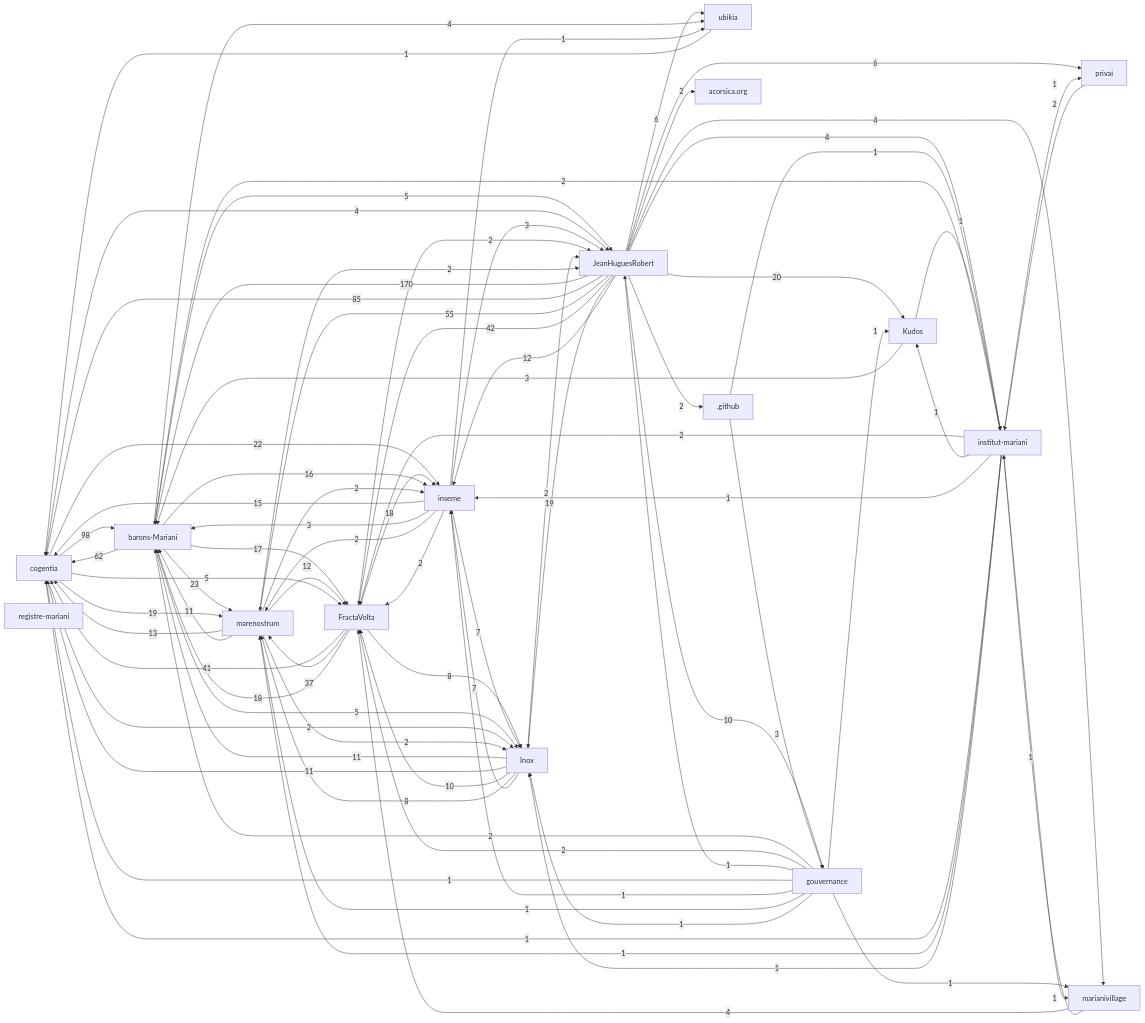
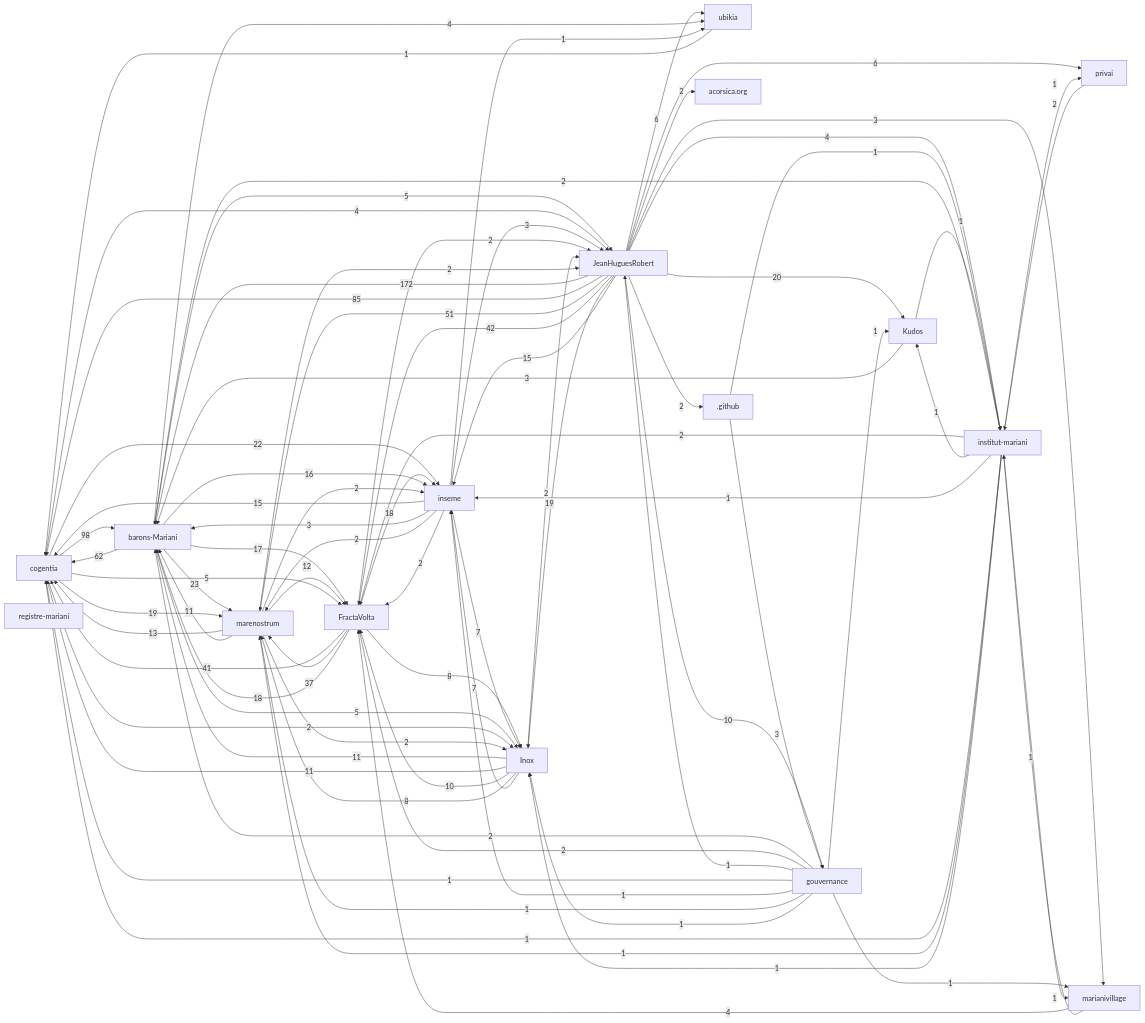
The diagram in research/corpus-status.md (JeanHuguesRobert/JeanHuguesRobert), drawn with Mermaid before and after one commit. The commit also changed 1 other file, not shown here.

Commit message:
Refresh consolidated document catalog

```diff
--- a/research/corpus-status.md
+++ b/research/corpus-status.md
@@ -61,11 +61,11 @@
   r_kudos["Kudos"]
   r_github[".github"]
   r_acorsica_org["acorsica.org"]
-  r_jeanhuguesrobert -->|170| r_barons_mariani
+  r_jeanhuguesrobert -->|172| r_barons_mariani
   r_cogentia -->|98| r_barons_mariani
   r_jeanhuguesrobert -->|85| r_cogentia
   r_barons_mariani -->|62| r_cogentia
-  r_jeanhuguesrobert -->|55| r_marenostrum
+  r_jeanhuguesrobert -->|51| r_marenostrum
   r_jeanhuguesrobert -->|42| r_fractavolta
   r_fractavolta -->|41| r_cogentia
   r_fractavolta -->|37| r_marenostrum
@@ -79,8 +79,8 @@
   r_barons_mariani -->|17| r_fractavolta
   r_barons_mariani -->|16| r_inseme
   r_inseme -->|15| r_cogentia
+  r_jeanhuguesrobert -->|15| r_inseme
   r_marenostrum -->|13| r_cogentia
-  r_jeanhuguesrobert -->|12| r_inseme
   r_marenostrum -->|12| r_fractavolta
   r_inox -->|11| r_barons_mariani
   r_inox -->|11| r_cogentia
@@ -99,11 +99,11 @@
   r_barons_mariani -->|4| r_ubikia
   r_cogentia -->|4| r_jeanhuguesrobert
   r_jeanhuguesrobert -->|4| r_institut_mariani
-  r_jeanhuguesrobert -->|4| r_marianivillage
   r_marianivillage -->|4| r_fractavolta
   r_github -->|3| r_gouvernance
   r_inseme -->|3| r_barons_mariani
   r_inseme -->|3| r_jeanhuguesrobert
+  r_jeanhuguesrobert -->|3| r_marianivillage
   r_kudos -->|3| r_barons_mariani
   r_cogentia -->|2| r_inox
   r_fractavolta -->|2| r_jeanhuguesrobert
```
